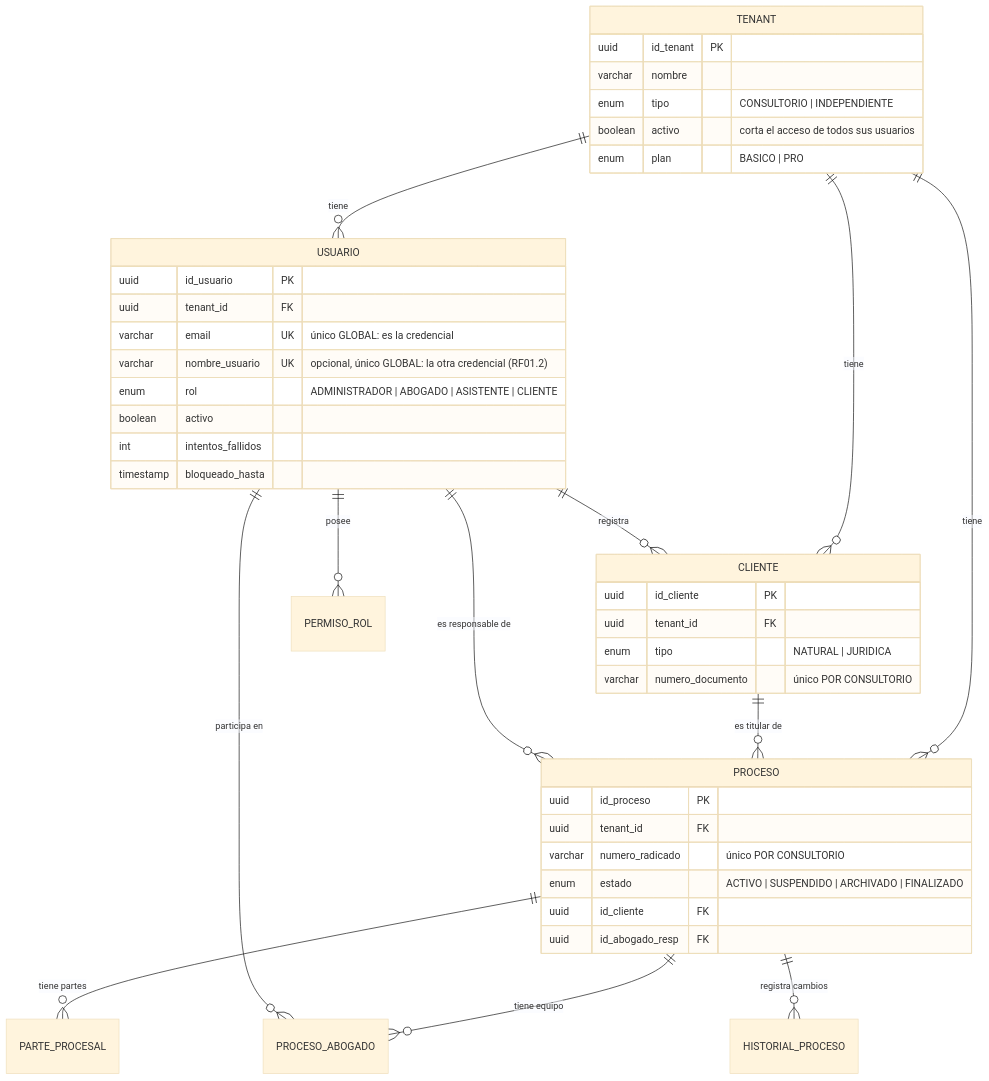
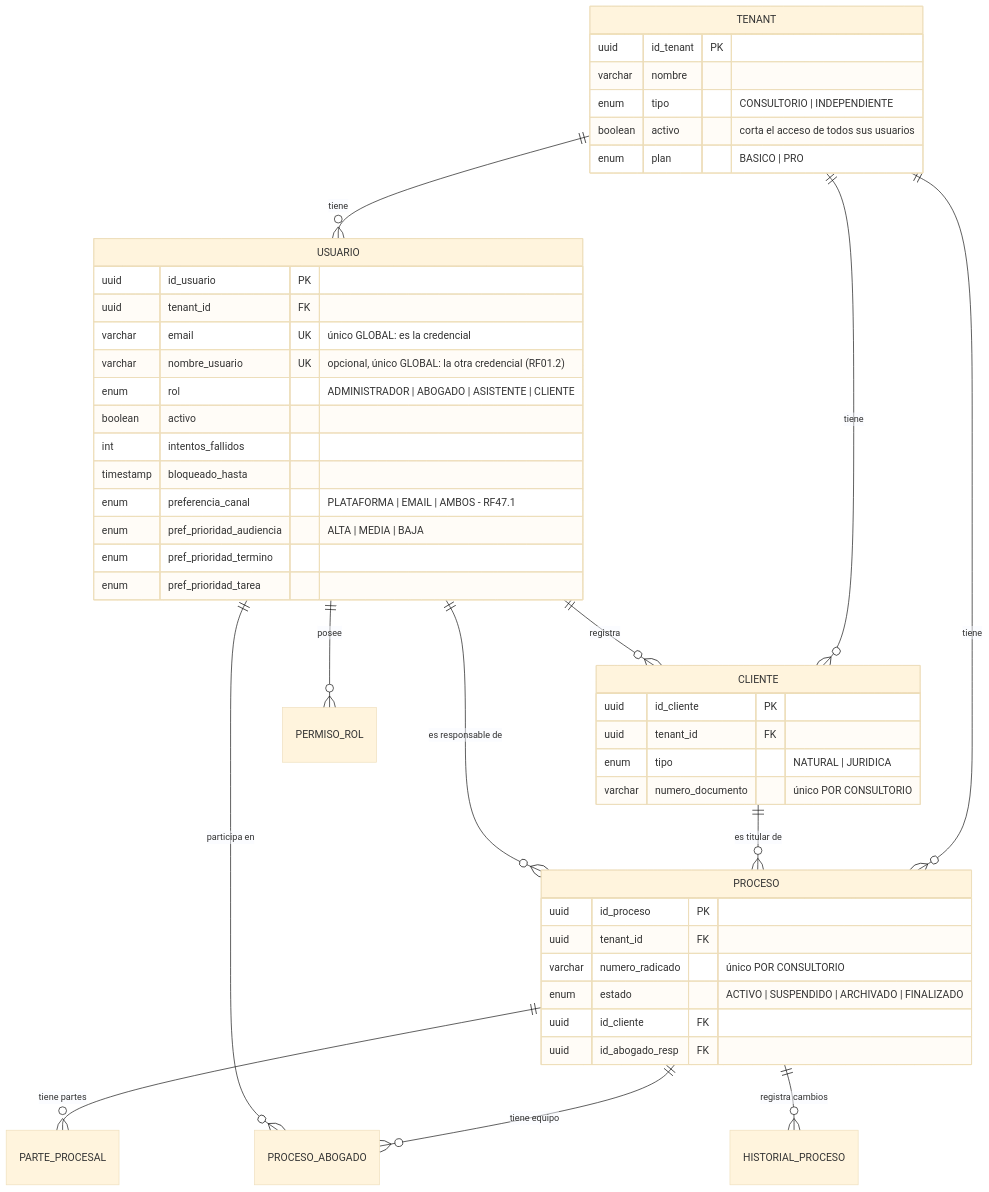
One commit to Aryannext/sistema-juridico changed the first of 5 diagrams in documentacion-a-presentar/diagramas/06-entidad-relacion.md. Above: the diagram before and after it, drawn with Mermaid (base theme). The commit also changed 2 other files, not shown here.

First paragraph of the commit message:
docs: dejar la carpeta de sustentación al día con todo lo corregido
Es la documentación con la que se presenta el proyecto, así que no puede
ir por detrás del código ni un día.

````diff
--- a/documentacion-a-presentar/diagramas/06-entidad-relacion.md
+++ b/documentacion-a-presentar/diagramas/06-entidad-relacion.md
@@ -11,51 +11,55 @@
 ```mermaid
 erDiagram
     TENANT ||--o{ USUARIO : "tiene"
     TENANT ||--o{ CLIENTE : "tiene"
     TENANT ||--o{ PROCESO : "tiene"
 
     USUARIO ||--o{ PERMISO_ROL : "posee"
     USUARIO ||--o{ CLIENTE : "registra"
     CLIENTE ||--o{ PROCESO : "es titular de"
     USUARIO ||--o{ PROCESO : "es responsable de"
 
     PROCESO ||--o{ PROCESO_ABOGADO : "tiene equipo"
     USUARIO ||--o{ PROCESO_ABOGADO : "participa en"
     PROCESO ||--o{ PARTE_PROCESAL : "tiene partes"
     PROCESO ||--o{ HISTORIAL_PROCESO : "registra cambios"
 
     TENANT {
         uuid id_tenant PK
         varchar nombre
         enum tipo "CONSULTORIO | INDEPENDIENTE"
         boolean activo "corta el acceso de todos sus usuarios"
         enum plan "BASICO | PRO"
     }
 
     USUARIO {
         uuid id_usuario PK
         uuid tenant_id FK
         varchar email UK "único GLOBAL: es la credencial"
         varchar nombre_usuario UK "opcional, único GLOBAL: la otra credencial (RF01.2)"
         enum rol "ADMINISTRADOR | ABOGADO | ASISTENTE | CLIENTE"
         boolean activo
         int intentos_fallidos
         timestamp bloqueado_hasta
+        enum preferencia_canal "PLATAFORMA | EMAIL | AMBOS - RF47.1"
+        enum pref_prioridad_audiencia "ALTA | MEDIA | BAJA"
+        enum pref_prioridad_termino
+        enum pref_prioridad_tarea
     }
 
     CLIENTE {
         uuid id_cliente PK
         uuid tenant_id FK
         enum tipo "NATURAL | JURIDICA"
         varchar numero_documento "único POR CONSULTORIO"
     }
 
     PROCESO {
         uuid id_proceso PK
         uuid tenant_id FK
         varchar numero_radicado "único POR CONSULTORIO"
         enum estado "ACTIVO | SUSPENDIDO | ARCHIVADO | FINALIZADO"
         uuid id_cliente FK
         uuid id_abogado_resp FK
     }
 ```
````
